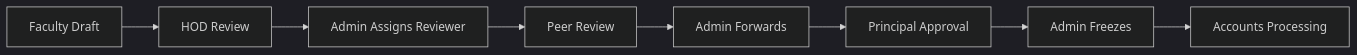
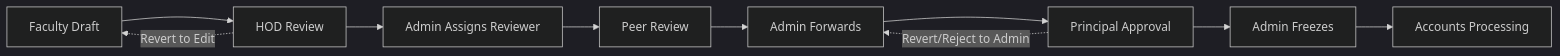
The first of 2 diagrams in README.md (thotaDeepika/AS), drawn with Mermaid (dark theme) before and after one commit. The commit also changed other lines of this file and 12 other files, not shown here.

````diff
--- a/README.md
+++ b/README.md
@@ -32,10 +32,12 @@
 ```mermaid
 graph LR
     A[Faculty Draft] --> B[HOD Review]
     B --> C[Admin Assigns Reviewer]
     C --> D[Peer Review]
     D --> E[Admin Forwards]
     E --> F[Principal Approval]
     F --> G[Admin Freezes]
     G --> H[Accounts Processing]
+    B -.->|Revert to Edit| A
+    F -.->|Revert/Reject to Admin| E
 ```
````
